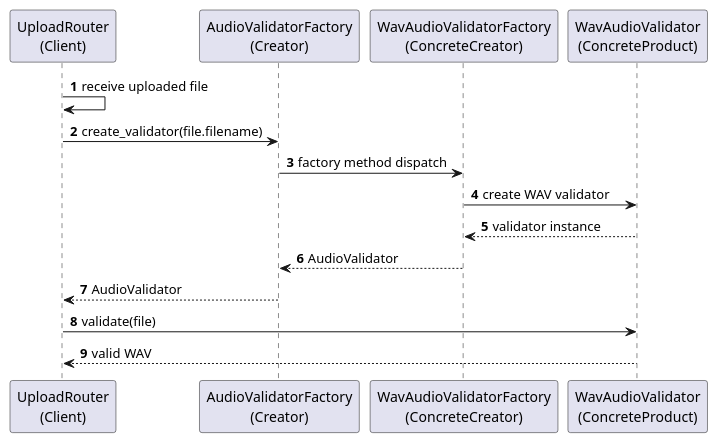
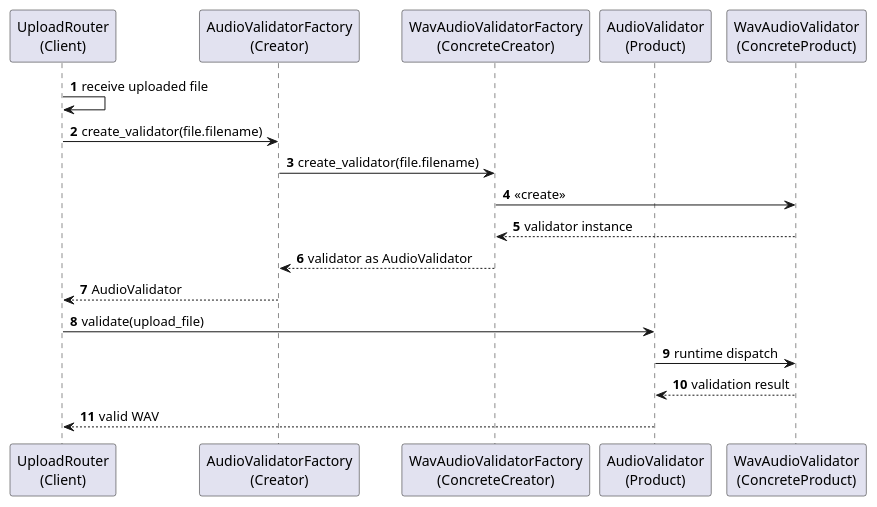
Before and after one commit to ASHRAF-2004/Machine-Learning-Based-System-for-Cardiopulmonary-Sound-Separation: the diagram in docs/software_design_report/diagrams/puml/factory_method_sequence.puml, drawn with PlantUML. The commit also changed 11 other files, not shown here.

Commit message:
Align pattern diagrams and finalize report build

```diff
--- a/docs/software_design_report/diagrams/puml/factory_method_sequence.puml
+++ b/docs/software_design_report/diagrams/puml/factory_method_sequence.puml
@@ -1,24 +1,27 @@
 @startuml
 ' Factory Method Pattern sequence diagram.
 ' Suggested LaTeX placement: normal page.
 
 skinparam shadowing false
 autonumber
 
 participant "UploadRouter\n(Client)" as Router
 participant "AudioValidatorFactory\n(Creator)" as Factory
 participant "WavAudioValidatorFactory\n(ConcreteCreator)" as WavFactory
-participant "WavAudioValidator\n(ConcreteProduct)" as Validator
+participant "AudioValidator\n(Product)" as Product
+participant "WavAudioValidator\n(ConcreteProduct)" as WavValidator
 
 Router -> Router : receive uploaded file
 Router -> Factory : create_validator(file.filename)
 
-Factory -> WavFactory : factory method dispatch
-WavFactory -> Validator : create WAV validator
-Validator --> WavFactory : validator instance
-WavFactory --> Factory : AudioValidator
+Factory -> WavFactory : create_validator(file.filename)
+WavFactory -> WavValidator : <<create>>
+WavValidator --> WavFactory : validator instance
+WavFactory --> Factory : validator as AudioValidator
 Factory --> Router : AudioValidator
-Router -> Validator : validate(file)
-Validator --> Router : valid WAV
+Router -> Product : validate(upload_file)
+Product -> WavValidator : runtime dispatch
+WavValidator --> Product : validation result
+Product --> Router : valid WAV
 
 @enduml
```
